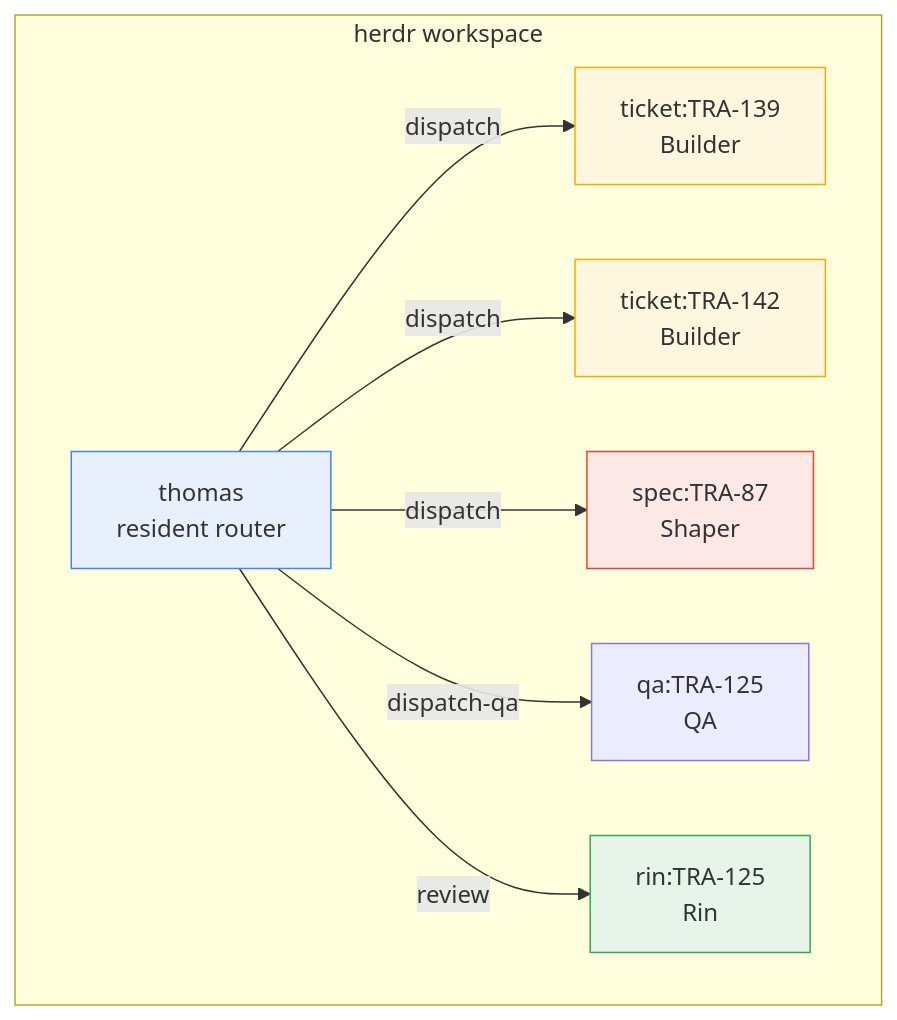
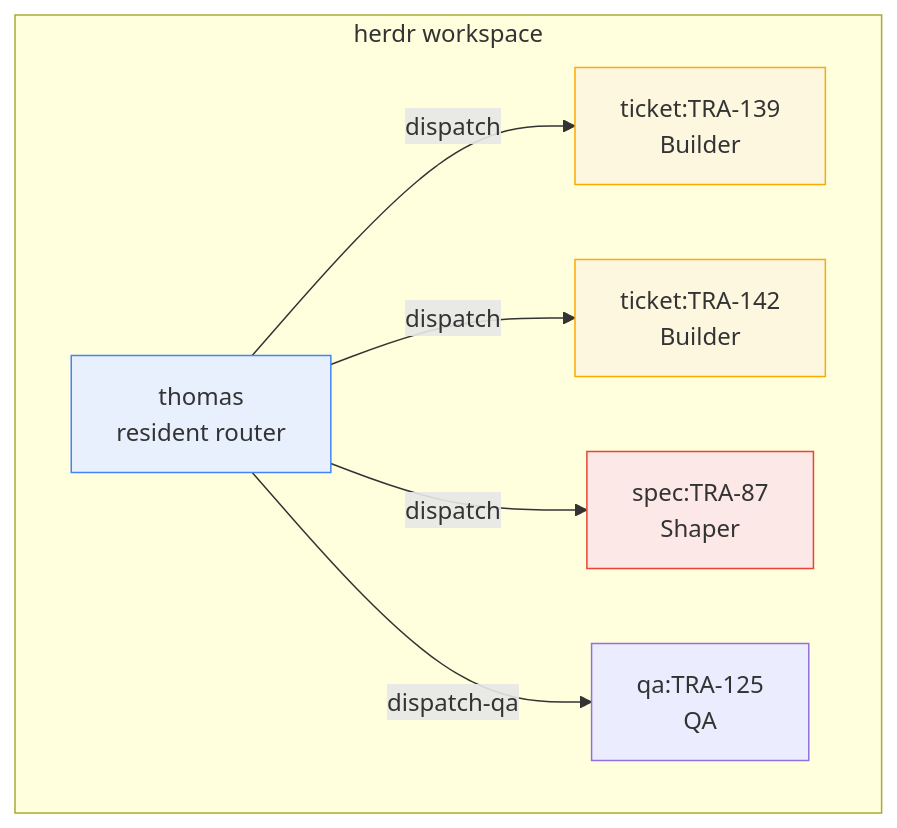
Before and after one commit to thientranhung/astragentic: the second of 3 diagrams in README.md, drawn with Mermaid. The commit also changed other lines of this file and 53 other files, not shown here.

````diff
--- a/README.md
+++ b/README.md
@@ -131,23 +131,20 @@
 ```mermaid
 flowchart TB
     subgraph WS["herdr workspace"]
         T["thomas\nresident router"]
         T1["ticket:TRA-139\nBuilder"]
         T2["ticket:TRA-142\nBuilder"]
         T3["spec:TRA-87\nShaper"]
         T4["qa:TRA-125\nQA"]
-        T5["rin:TRA-125\nRin"]
     end
 
     T -->|dispatch| T1
     T -->|dispatch| T2
     T -->|dispatch| T3
     T -->|dispatch-qa| T4
-    T -->|review| T5
 
     style T fill:#e8f0fe,stroke:#4285f4
     style T1 fill:#fef7e0,stroke:#f9ab00
     style T2 fill:#fef7e0,stroke:#f9ab00
     style T3 fill:#fce8e6,stroke:#ea4335
-    style T5 fill:#e6f4ea,stroke:#34a853
 ```
````
